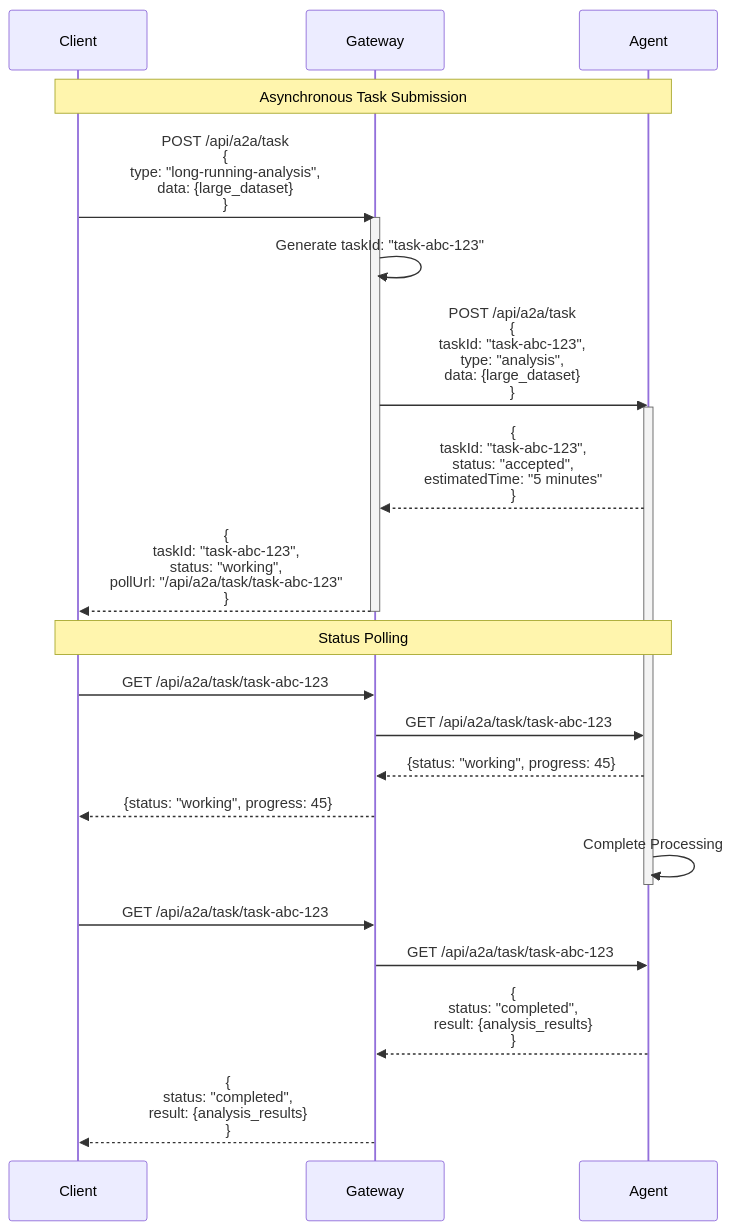
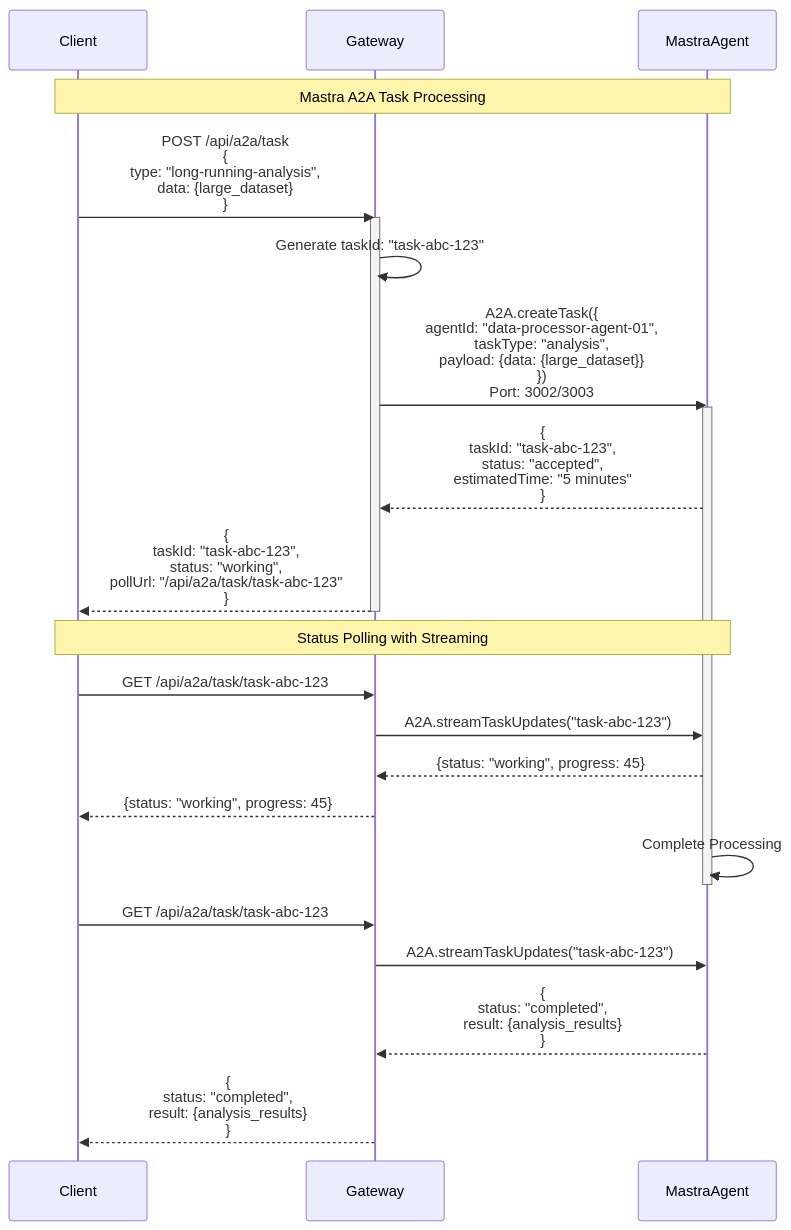
One commit to tubone24/a2a_mastra changed the sixth of 7 diagrams in README.md. Above: the diagram before and after it, drawn with Mermaid. The commit also changed other lines of this file, not shown here.

````diff
--- a/README.md
+++ b/README.md
@@ -483,36 +491,36 @@
 ```mermaid
 sequenceDiagram
     participant Client
     participant Gateway
-    participant Agent
+    participant MastraAgent
     
-    Note over Client,Agent: Asynchronous Task Submission
+    Note over Client,MastraAgent: Mastra A2A Task Processing
     
     Client->>Gateway: POST /api/a2a/task<br/>{<br/>  type: "long-running-analysis",<br/>  data: {large_dataset}<br/>}
     activate Gateway
     
     Gateway->>Gateway: Generate taskId: "task-abc-123"
     
-    Gateway->>Agent: POST /api/a2a/task<br/>{<br/>  taskId: "task-abc-123",<br/>  type: "analysis",<br/>  data: {large_dataset}<br/>}
-    activate Agent
+    Gateway->>MastraAgent: A2A.createTask({<br/>  agentId: "data-processor-agent-01",<br/>  taskType: "analysis",<br/>  payload: {data: {large_dataset}}<br/>})<br/>Port: 3002/3003
+    activate MastraAgent
     
-    Agent-->>Gateway: {<br/>  taskId: "task-abc-123",<br/>  status: "accepted",<br/>  estimatedTime: "5 minutes"<br/>}
+    MastraAgent-->>Gateway: {<br/>  taskId: "task-abc-123",<br/>  status: "accepted",<br/>  estimatedTime: "5 minutes"<br/>}
     
     Gateway-->>Client: {<br/>  taskId: "task-abc-123",<br/>  status: "working",<br/>  pollUrl: "/api/a2a/task/task-abc-123"<br/>}
     deactivate Gateway
     
-    Note over Client,Agent: Status Polling
+    Note over Client,MastraAgent: Status Polling with Streaming
     
     Client->>Gateway: GET /api/a2a/task/task-abc-123
-    Gateway->>Agent: GET /api/a2a/task/task-abc-123
-    Agent-->>Gateway: {status: "working", progress: 45}
+    Gateway->>MastraAgent: A2A.streamTaskUpdates("task-abc-123")
+    MastraAgent-->>Gateway: {status: "working", progress: 45}
     Gateway-->>Client: {status: "working", progress: 45}
     
-    Agent->>Agent: Complete Processing
-    deactivate Agent
+    MastraAgent->>MastraAgent: Complete Processing
+    deactivate MastraAgent
     
     Client->>Gateway: GET /api/a2a/task/task-abc-123
-    Gateway->>Agent: GET /api/a2a/task/task-abc-123
-    Agent-->>Gateway: {<br/>  status: "completed",<br/>  result: {analysis_results}<br/>}
+    Gateway->>MastraAgent: A2A.streamTaskUpdates("task-abc-123")
+    MastraAgent-->>Gateway: {<br/>  status: "completed",<br/>  result: {analysis_results}<br/>}
     Gateway-->>Client: {<br/>  status: "completed",<br/>  result: {analysis_results}<br/>}
 ```
````
